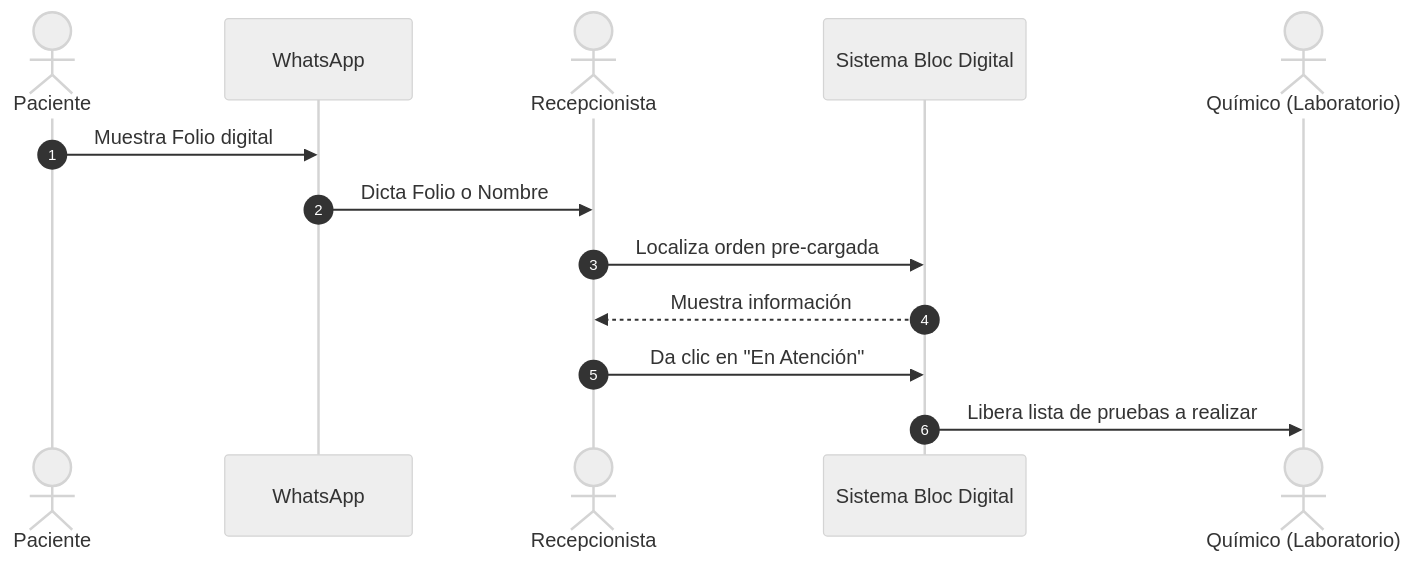
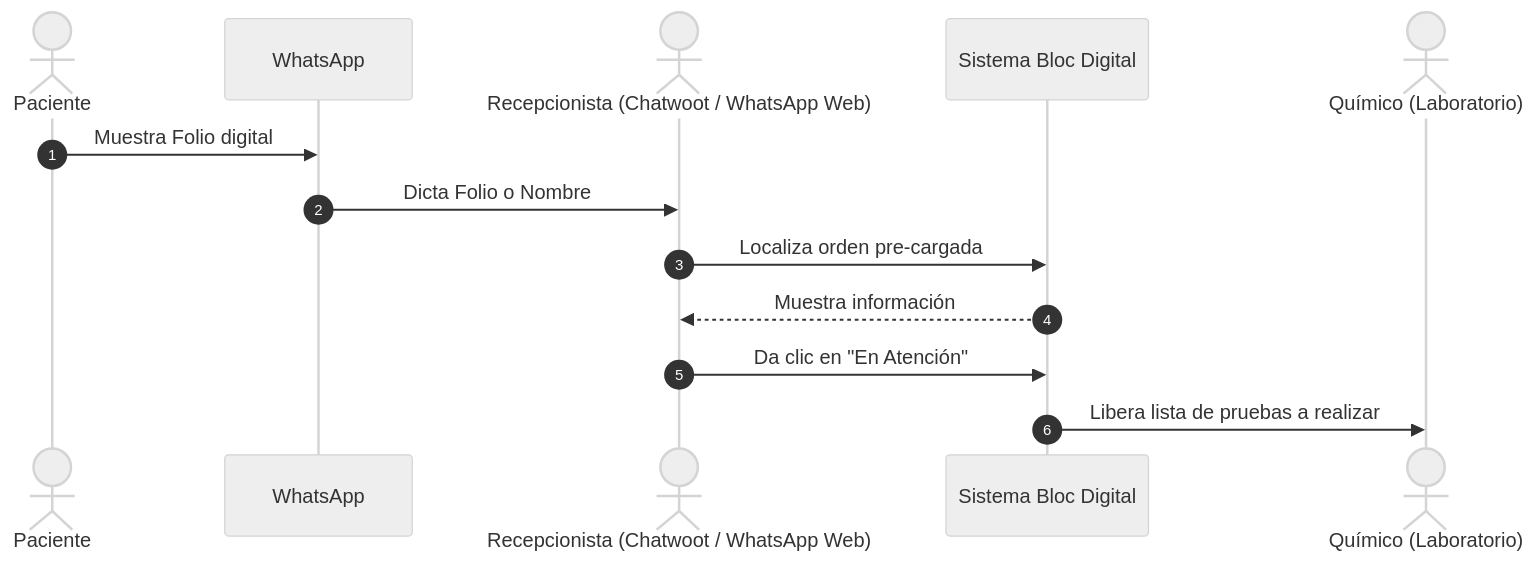
Before and after one commit to cbenavides/caelitandem_home: the second of 3 diagrams in portafolio-dev-2026/blocklabgd/contrato-laesh/v1.0/diagramas1.0/diagramas_secuencia_monitos.md, drawn with Mermaid (neutral theme). The commit also changed other lines of this file and 15 other files, not shown here.

````diff
--- a/portafolio-dev-2026/blocklabgd/contrato-laesh/v1.0/diagramas1.0/diagramas_secuencia_monitos.md
+++ b/portafolio-dev-2026/blocklabgd/contrato-laesh/v1.0/diagramas1.0/diagramas_secuencia_monitos.md
@@ -24,16 +24,16 @@
 ```mermaid
 sequenceDiagram
     autonumber
     actor Paciente as Paciente
     participant WA as WhatsApp
-    actor Recepcion as Recepcionista
+    actor Recepcion as Recepcionista (Chatwoot / WhatsApp Web)
     participant Sistema as Sistema Bloc Digital
     actor Quimico as Químico (Laboratorio)
 
     Paciente->>WA: Muestra Folio digital
     WA->>Recepcion: Dicta Folio o Nombre
     Recepcion->>Sistema: Localiza orden pre-cargada
     Sistema-->>Recepcion: Muestra información
     Recepcion->>Sistema: Da clic en "En Atención"
     Sistema->>Quimico: Libera lista de pruebas a realizar
 ```
````
